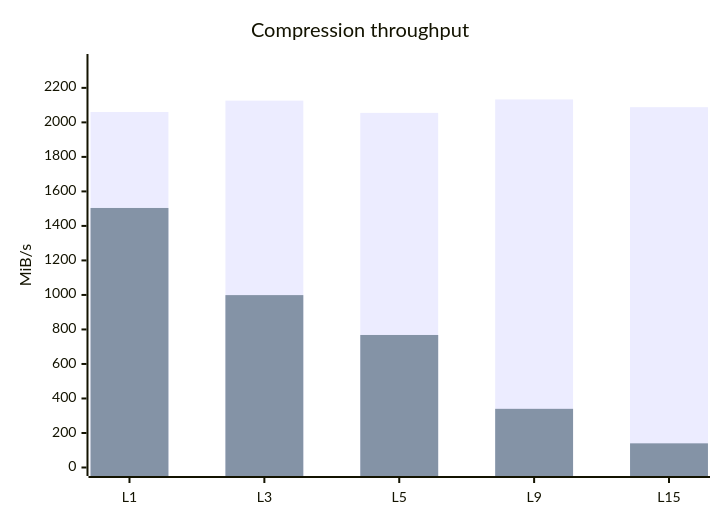
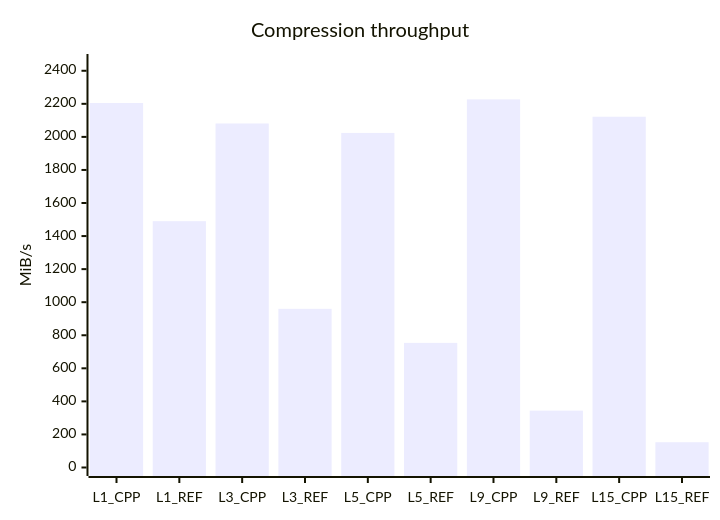
The second of 7 diagrams in README.md (mheyman/zstdpp), drawn with Mermaid before and after one commit. The commit also changed other lines of this file and 1 other file, not shown here.

````diff
--- a/README.md
+++ b/README.md
@@ -126,8 +125,7 @@
 ```mermaid
 xychart-beta
     title "Compression throughput"
-    x-axis [L1, L3, L5, L9, L15]
-    y-axis "MiB/s" 0 --> 2347
-    bar [2060, 2126, 2055, 2133, 2088]
-    bar [1504, 999, 768, 340, 140]
+    x-axis [L1_CPP, L1_REF, L3_CPP, L3_REF, L5_CPP, L5_REF, L9_CPP, L9_REF, L15_CPP, L15_REF]
+    y-axis "MiB/s" 0 --> 2450
+    bar [2205, 1490, 2081, 960, 2024, 754, 2227, 344, 2122, 153]
 ```
````
